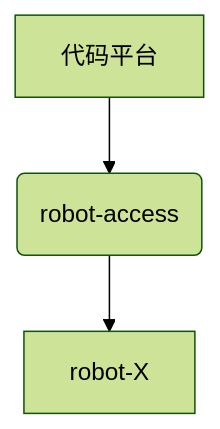
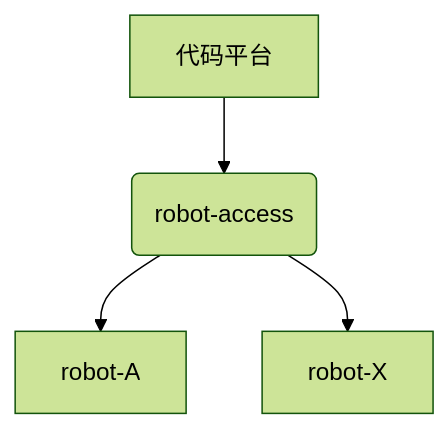
The first of 2 diagrams in speed_control_test.md (yangwei999/doc), drawn with Mermaid (forest theme) before and after one commit. The commit also changed other lines of this file, not shown here.

````diff
--- a/speed_control_test.md
+++ b/speed_control_test.md
@@ -7,6 +11,6 @@
 ```mermaid
 graph TD
 A[代码平台]-->B(robot-access)
-
+B -->robot-A
 B -->robot-X
 ```
````
